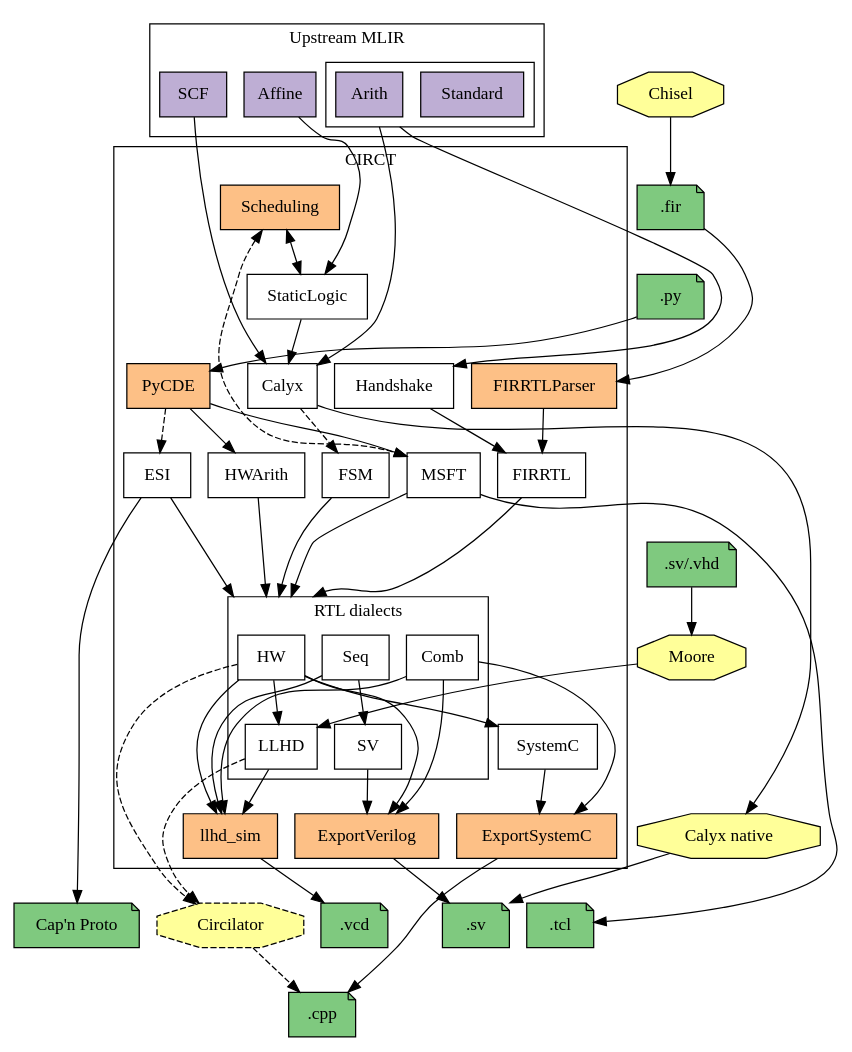
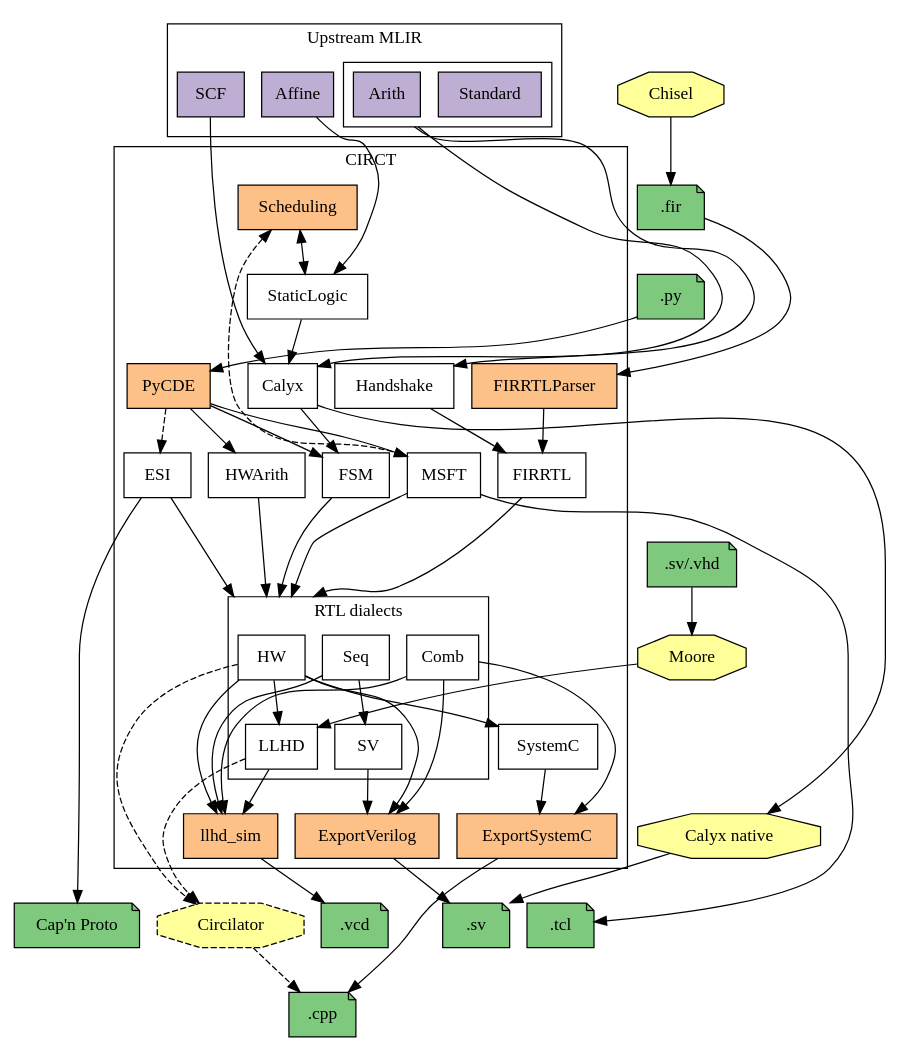
One commit to thomasnormal/circt changed the diagram in docs/dialects.dot. Above: the diagram before and after it, drawn with Graphviz. The commit also changed 2 other files, not shown here.

Commit message:
[Docs] Calyx, PyCDE now generates FSM

```diff
--- a/docs/dialects.dot
+++ b/docs/dialects.dot
@@ -1,134 +1,135 @@
 digraph G {
   // Note: Remember to run the circt/utils/update-docs-dialects.sh script after
   // modifying this file to regenerate the .svg and .png renders of the graph.
   rankdir = TB
   splines=spline
   node [shape=box style=filled fillcolor="white"]
   nodesep=0.2 // horizontal compression
   ranksep=0.5 // vertical compression
   compound=true
 
   // MLIR dialects
   subgraph cluster_mlir {
     label = "Upstream MLIR";
     node [fillcolor="#beaed4"]
     SCF Affine
     subgraph cluster_std_arith_dialect {
       label = ""
       Standard Arith
     }
   }
 
   subgraph cluster_circt {
     label = "CIRCT"
     // CIRCT dialects
     Handshake [URL="https://circt.llvm.org/docs/Dialects/Handshake/"]
     Calyx [URL="https://circt.llvm.org/docs/Dialects/Calyx/"]
     FIRRTL [URL="https://circt.llvm.org/docs/Dialects/FIRRTL/"]
     StaticLogic [URL="https://circt.llvm.org/docs/Dialects/StaticLogic/"]
     MSFT [URL="https://circt.llvm.org/docs/Dialects/MSFT/"]
     ESI [URL="https://circt.llvm.org/docs/Dialects/ESI/"]
     FSM [URL="https://circt.llvm.org/docs/Dialects/FSM/"]
     HWArith [URL="https://circt.llvm.org/docs/Dialects/HWArith/"]
     SystemC [URL="https://circt.llvm.org/docs/Dialects/SystemC/"]
 
     // Invisible node to make space for RTL cluster's incoming edges.
     space_above_RTL [style = invis, label=""]
 
     subgraph cluster_RTL {
       label = "RTL dialects"
       Seq [URL="https://circt.llvm.org/docs/Dialects/Seq/"]
       HW [URL="https://circt.llvm.org/docs/Dialects/HW/"]
       SV [URL="https://circt.llvm.org/docs/Dialects/SV/"]
       Comb [URL="https://circt.llvm.org/docs/Dialects/Comb/"]
       LLHD [URL="https://circt.llvm.org/docs/Dialects/LLHD/"]
     }
 
     // Internal tools
     subgraph internal_tools{
       node [fillcolor="#fdc086"]
       FIRRTLParser llhd_sim ExportSystemC
       ExportVerilog [URL="https://circt.llvm.org/docs/VerilogGeneration/"]
       PyCDE [URL="https://circt.llvm.org/docs/PyCDE/"]
       Scheduling [URL="https://circt.llvm.org/docs/Scheduling/"]
     }
   }
 
   // External tools
   subgraph external_tools {
     node [shape=octagon fillcolor="#ffff99"]
     Moore Chisel
     Calyx_native [label="Calyx native"]
     Circilator [style="dashed,filled"]
   }
 
   // File formats
   subgraph file_formats {
     node [fillcolor="#7fc97f" shape="note"]
     VCDTrace [label=".vcd"]
     CPPFile [label=".cpp"]
     SVFile [label=".sv"]
     CapNProto [label="Cap'n Proto"]
     TCL [label=".tcl"]
     FIRFile [label=".fir"]
     SVVHDL [label=".sv/.vhd"]
     PyFile [label=".py"]
   }
 
   // ===== Connections =====
   // Dialect conversions
   SCF -> Calyx
   Affine -> StaticLogic
   StaticLogic -> Calyx
   Arith -> {Handshake Calyx} [ltail=cluster_std_arith_dialect]
 
   Handshake -> FIRRTL
-  Calyx -> FSM [style=dashed]
+  Calyx -> FSM
 
   // Things that lower into a subset of the RTL-like dialects. Cluster these
   // together to avoid a massive clutter.
   {FIRRTL FSM ESI MSFT HWArith} -> HW [lhead=cluster_RTL]
   Seq -> SV
   HW -> LLHD
   Comb -> ExportVerilog
   HW -> SystemC
 
   // Tool flows
   Scheduling -> StaticLogic [dir=both]
   Chisel -> FIRFile
   FIRFile -> FIRRTLParser
   FIRRTLParser -> FIRRTL
   {SystemC, Comb} -> ExportSystemC
   ExportSystemC -> CPPFile
   {HW SV} -> ExportVerilog
   SVVHDL -> Moore [weight=999]
   Moore -> LLHD
   {LLHD HW} -> Circilator [style=dashed]
   Calyx -> Calyx_native
   {Calyx_native ExportVerilog} -> SVFile
   Circilator -> CPPFile [style=dashed]
   {LLHD Comb HW Seq} -> llhd_sim
   llhd_sim -> VCDTrace
   ESI -> CapNProto
   MSFT -> TCL
   PyFile -> PyCDE
   PyCDE -> ESI [style=dashed]
   PyCDE -> MSFT
   PyCDE -> HWArith
+  PyCDE -> FSM
   Scheduling -> MSFT [dir=both, style=dashed]
 
   // ====== Some fake edges to coerce a good layout ======
   // Note: Modify these if you make changes to the above diagram, and things
   // start looking weird.
   Affine -> Scheduling [weight=999 style=invis]
   FIRFile -> PyFile [weight=999 style=invis]
 
   // Leave one rank free above the RTL cluster to improve routing of incoming
   // edges.
   {FIRRTL FSM ESI MSFT HWArith} -> space_above_RTL [weight=999, style=invis]
   space_above_RTL -> {Seq HW Comb} [lhead=cluster_RTL, weight=999, style=invis]
 
   // Fix the following sink nodes below the CIRCT cluster
   llhd_sim -> {SVFile Circilator TCL CapNProto} [weight=999 style=invis]
   Calyx_native -> SVFile [weight=999 style=invis]
 }
```
